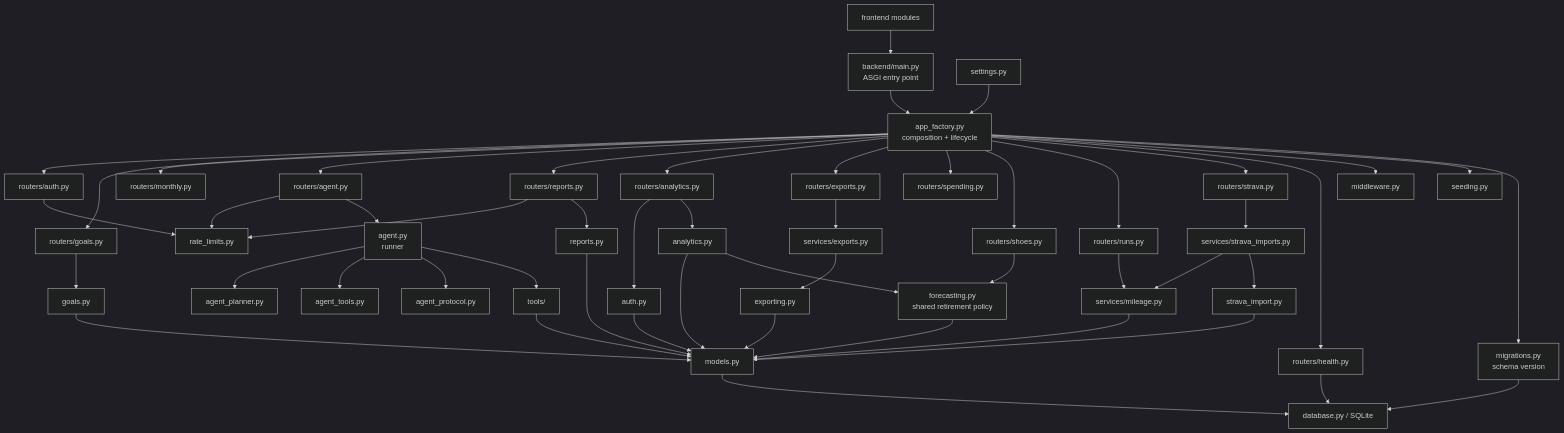
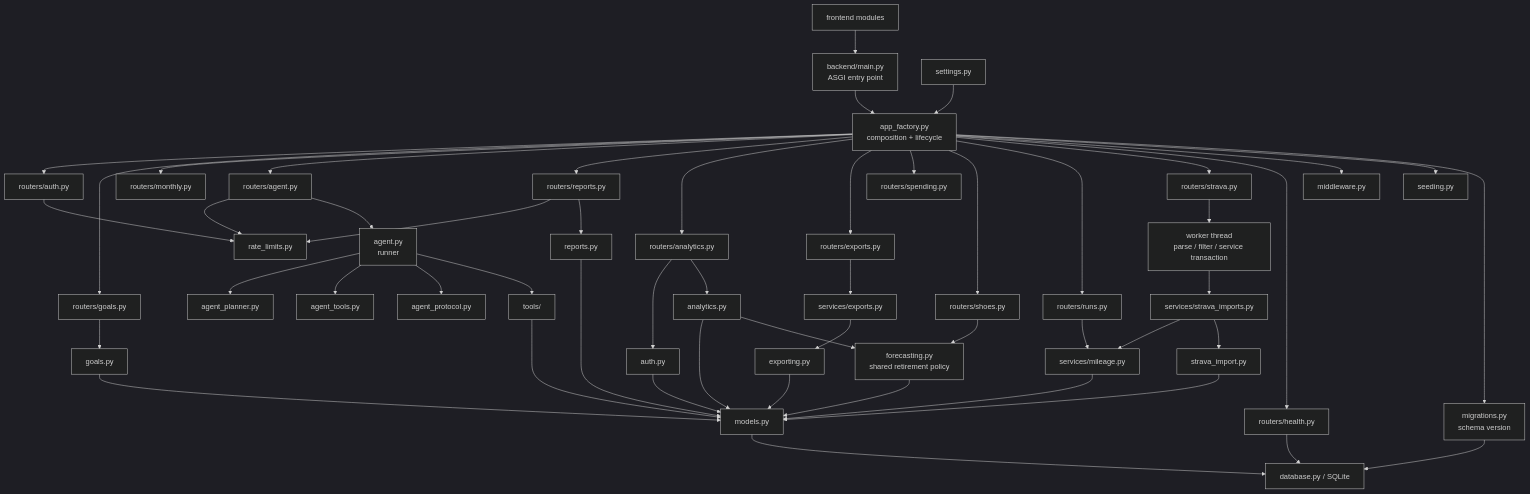
Before and after one commit to Teng91/running-shoes: the second of 6 diagrams in docs/architecture.md, drawn with Mermaid (dark theme). The commit also changed other lines of this file and 28 other files, not shown here.

````diff
--- a/docs/architecture.md
+++ b/docs/architecture.md
@@ -29,55 +29,56 @@
 ```mermaid
 flowchart TB
     Browser[frontend modules] --> Main[backend/main.py<br/>ASGI entry point]
     Main --> Factory[app_factory.py<br/>composition + lifecycle]
     Settings[settings.py] --> Factory
     Factory --> AuthRoutes[routers/auth.py]
     Factory --> GoalRoutes[routers/goals.py]
     Factory --> MonthlyRoutes[routers/monthly.py]
     Factory --> AgentRoutes[routers/agent.py]
     Factory --> ReportRoutes[routers/reports.py]
     Factory --> AnalyticsRoutes[routers/analytics.py]
     Factory --> ExportRoutes[routers/exports.py]
     Factory --> SpendingRoutes[routers/spending.py]
     Factory --> Shoes[routers/shoes.py]
     Factory --> Runs[routers/runs.py]
     Factory --> StravaRoutes[routers/strava.py]
     Factory --> Health[routers/health.py]
     Factory --> Middleware[middleware.py]
     Factory --> Seed[seeding.py]
     Runs --> Mileage[services/mileage.py]
-    StravaRoutes --> StravaService[services/strava_imports.py]
     StravaService --> Mileage
+    StravaRoutes --> Worker[worker thread<br/>parse / filter / service transaction]
+    Worker --> StravaService[services/strava_imports.py]
     ExportRoutes --> ExportService[services/exports.py]
     AuthRoutes --> Limits[rate_limits.py]
     AgentRoutes --> Limits
     ReportRoutes --> Limits
     AgentRoutes --> AI[agent.py<br/>runner]
     AI --> Planner[agent_planner.py]
     AI --> AgentTools[agent_tools.py]
     AI --> Protocol[agent_protocol.py]
     ReportRoutes --> Reports[reports.py]
 
     AnalyticsRoutes --> Auth[auth.py]
     AnalyticsRoutes --> Analytics[analytics.py]
     ExportService --> Exporting[exporting.py]
     GoalRoutes --> Goals[goals.py]
     StravaService --> Strava[strava_import.py]
     AI --> Tools[tools/]
 
     Auth --> Models[models.py]
     Analytics --> Models
     Shoes --> Forecast[forecasting.py<br/>shared retirement policy]
     Analytics --> Forecast
     Forecast --> Models
     Exporting --> Models
     Goals --> Models
     Strava --> Models
     Reports --> Models
     Tools --> Models
     Mileage --> Models
     Models --> Database[database.py / SQLite]
     Factory --> Migrations[migrations.py<br/>schema version]
     Health --> Database
     Migrations --> Database
 ```
````
